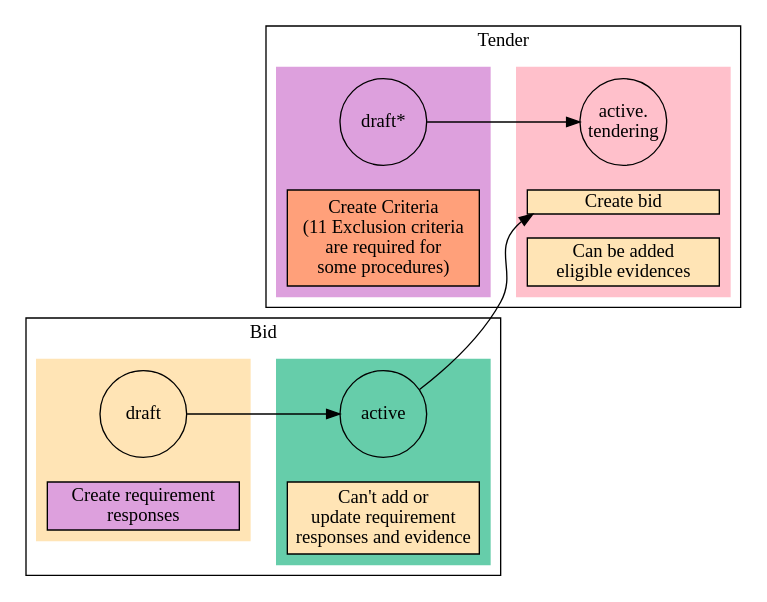
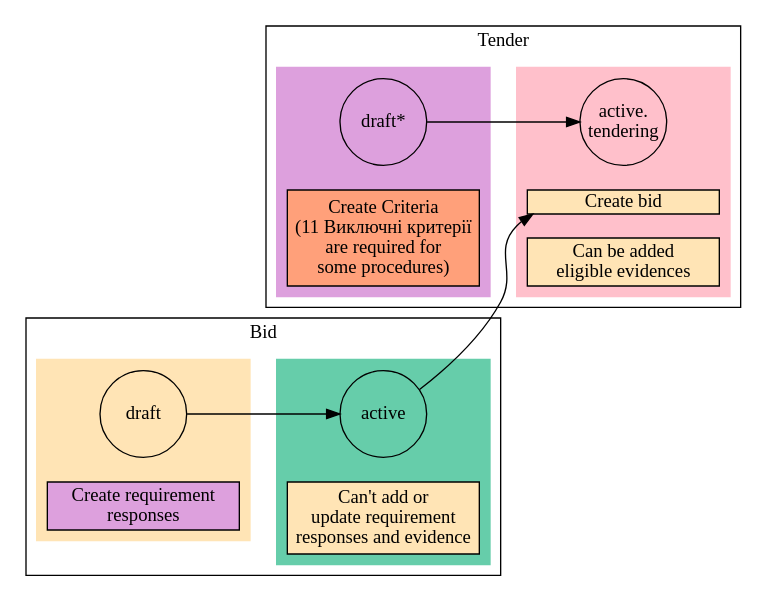
One commit to ProzorroUKR/openprocurement.api changed the diagram in docs/source/tendering/basic-actions/criteria.rst. Above: the diagram before and after it, drawn with Graphviz. The commit also changed other lines of this file and 559 other files, not shown here.

```diff
--- a/docs/source/tendering/basic-actions/criteria.rst
+++ b/docs/source/tendering/basic-actions/criteria.rst
@@ -348,7 +329,7 @@
             width = 2
         ]
         create_criteria_object [
-            label = "Create Criteria\n(11 Exclusion criteria \nare required for \nsome procedures)"
+            label = "Create Criteria\n(11 Виключні критерії \nare required for \nsome procedures)"
             shape = rect
             style = filled
             fillcolor = lightsalmon
```
